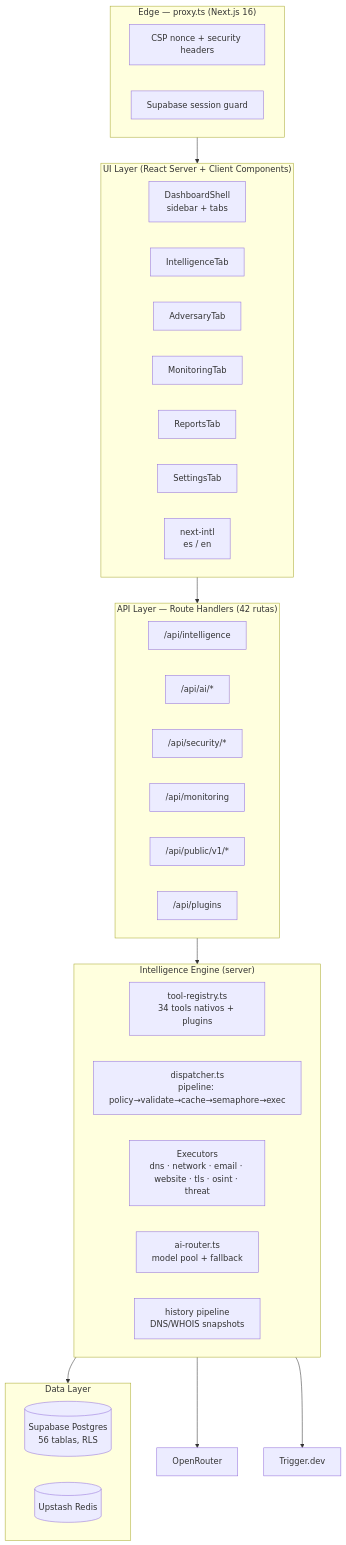
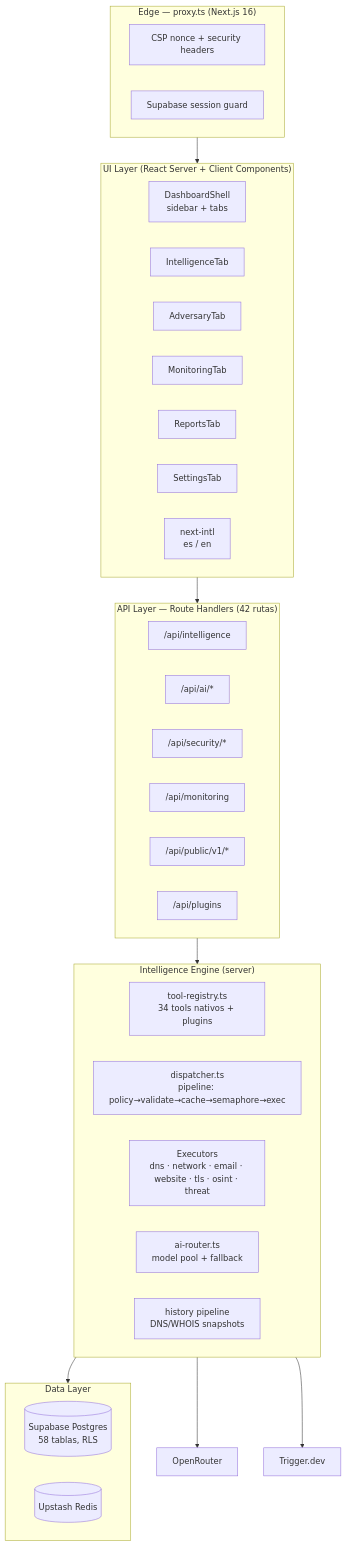
One commit to StrategicConnex/StrategicConnexAudit changed the second of 8 diagrams in docs/architecture/ENTERPRISE-ARCHITECTURE.md. Above: the diagram before and after it, drawn with Mermaid. The commit also changed other lines of this file and 4 other files, not shown here.

First line of the commit message:
docs(architecture): sincronizar docs con el estado real y el C4 (v3.2)

````diff
--- a/docs/architecture/ENTERPRISE-ARCHITECTURE.md
+++ b/docs/architecture/ENTERPRISE-ARCHITECTURE.md
@@ -102,46 +102,46 @@
 ```mermaid
 flowchart TB
     subgraph EDGE["Edge — proxy.ts (Next.js 16)"]
         CSP["CSP nonce + security headers"]
         AUTHG["Supabase session guard"]
     end
 
     subgraph UI["UI Layer (React Server + Client Components)"]
         DASH["DashboardShell<br/>sidebar + tabs"]
         TAB_INTEL["IntelligenceTab"]
         TAB_ADV["AdversaryTab"]
         TAB_MON["MonitoringTab"]
         TAB_REP["ReportsTab"]
         TAB_SET["SettingsTab"]
         I18N["next-intl<br/>es / en"]
     end
 
     subgraph API["API Layer — Route Handlers (42 rutas)"]
         R_INTEL["/api/intelligence"]
         R_AI["/api/ai/*"]
         R_SIEM["/api/security/*"]
         R_MON["/api/monitoring"]
         R_PUB["/api/public/v1/*"]
         R_PLUGIN["/api/plugins"]
     end
 
     subgraph CORE["Intelligence Engine (server)"]
         REG["tool-registry.ts<br/>34 tools nativos + plugins"]
         DISP["dispatcher.ts<br/>pipeline: policy→validate→cache→semaphore→exec"]
         EXEC["Executors<br/>dns · network · email · website · tls · osint · threat"]
         AI["ai-router.ts<br/>model pool + fallback"]
         HIST["history pipeline<br/>DNS/WHOIS snapshots"]
     end
 
     subgraph DATA["Data Layer"]
-        PG[("Supabase Postgres<br/>56 tablas, RLS")]
+        PG[("Supabase Postgres<br/>58 tablas, RLS")]
         REDIS2[("Upstash Redis")]
     end
 
     EDGE --> UI
     UI --> API
     API --> CORE
     CORE --> DATA
     CORE --> OPENROUTER2["OpenRouter"]
     CORE --> TRIGGER2["Trigger.dev"]
 ```
````
